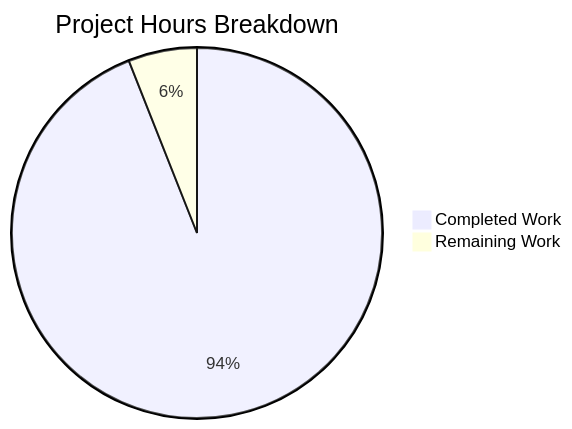
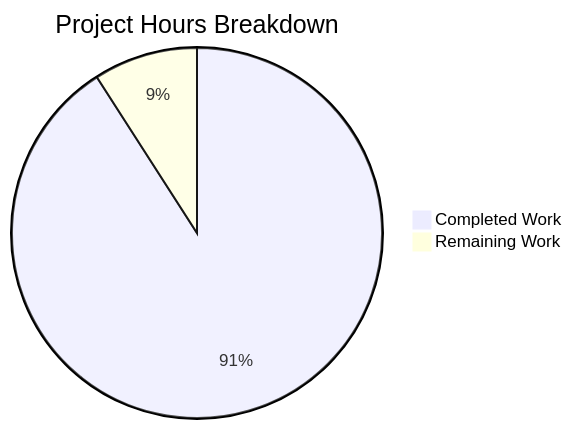
The first of 2 diagrams in blitzy/documentation/Project Guide.md (hardik-blitzy/react-weather-app), drawn with Mermaid before and after one commit. The commit also changed other lines of this file, not shown here.

Commit message:
Adding Blitzy Project Guide: Project Status and Human Tasks Remaining

````diff
--- a/blitzy/documentation/Project Guide.md
+++ b/blitzy/documentation/Project Guide.md
@@ -111,5 +65,5 @@
 ```mermaid
 pie title Project Hours Breakdown
-    "Completed Work" : 47
-    "Remaining Work" : 3
+    "Completed Work" : 5
+    "Remaining Work" : 0.5
 ```
````
